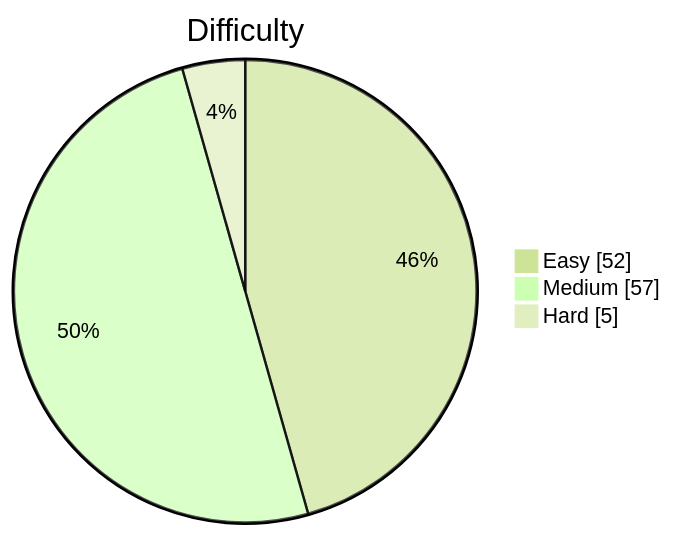
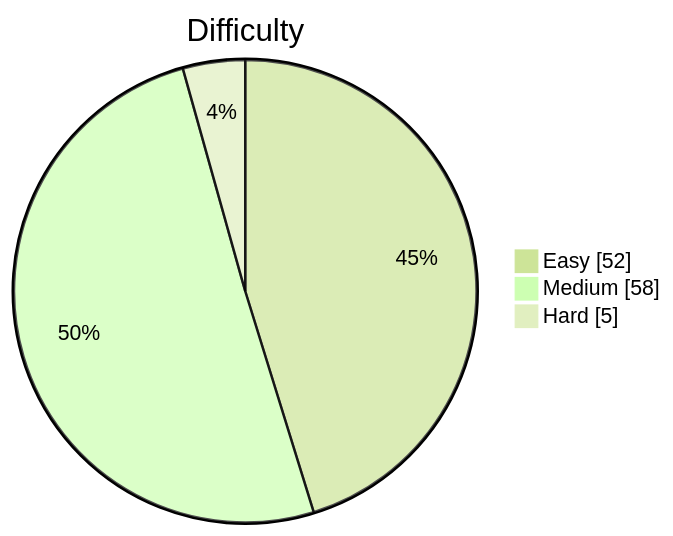
Before and after one commit to kevstevie/python-algo-practice: the diagram in README.md, drawn with Mermaid (forest theme). The commit also changed other lines of this file, not shown here.

````diff
--- a/README.md
+++ b/README.md
@@ -13,7 +13,7 @@
 ```mermaid
 pie showData
     title Difficulty
     "Easy"   : 52
-    "Medium" : 57
+    "Medium" : 58
     "Hard"   : 5
 ```
````
